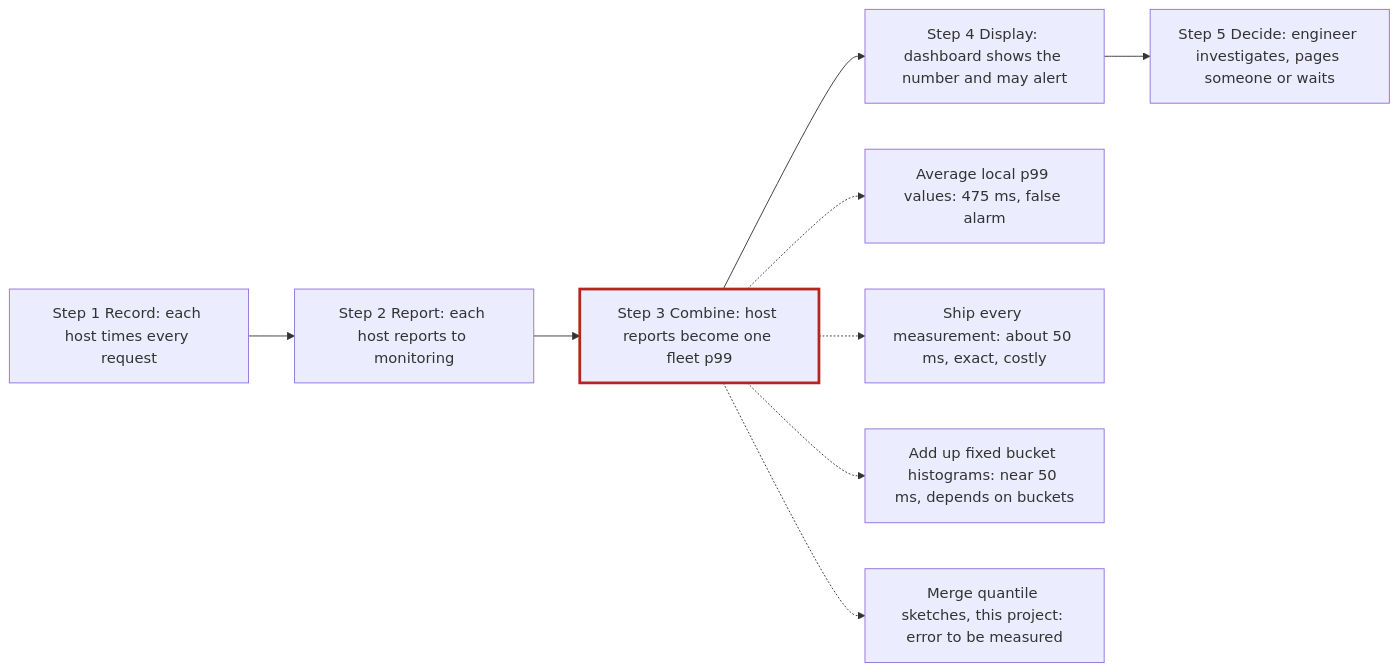
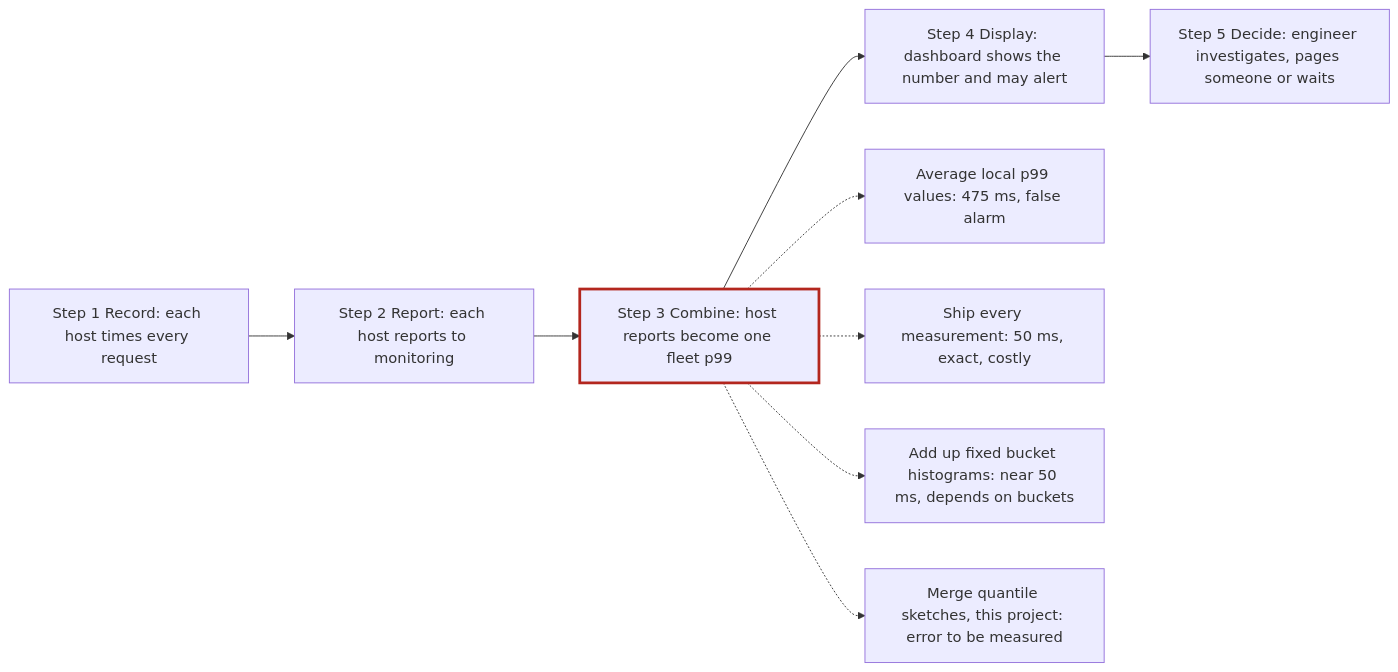
Before and after one commit to tanviriss/csc59866-fall2026-senior-project-group: the diagram in assets/workflow.mmd, drawn with Mermaid. The commit also changed 7 other files, not shown here.

```diff
--- a/assets/workflow.mmd
+++ b/assets/workflow.mmd
@@ -1,10 +1,10 @@
 flowchart LR
  S1[Step 1 Record: each host times every request] --> S2[Step 2 Report: each host reports to monitoring]
  S2 --> S3[Step 3 Combine: host reports become one fleet p99]
  S3 --> S4[Step 4 Display: dashboard shows the number and may alert]
  S4 --> S5[Step 5 Decide: engineer investigates, pages someone or waits]
  S3 -.-> M1[Average local p99 values: 475 ms, false alarm]
- S3 -.-> M2[Ship every measurement: about 50 ms, exact, costly]
+ S3 -.-> M2[Ship every measurement: 50 ms, exact, costly]
  S3 -.-> M3[Add up fixed bucket histograms: near 50 ms, depends on buckets]
  S3 -.-> M4[Merge quantile sketches, this project: error to be measured]
  style S3 stroke:#b3261e,stroke-width:3px
```
